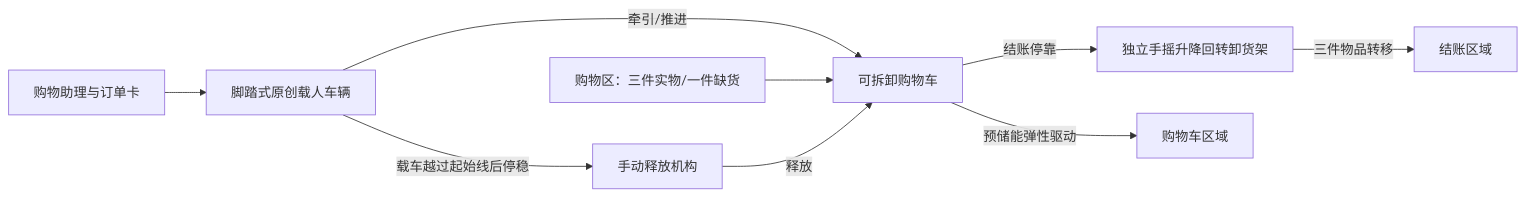
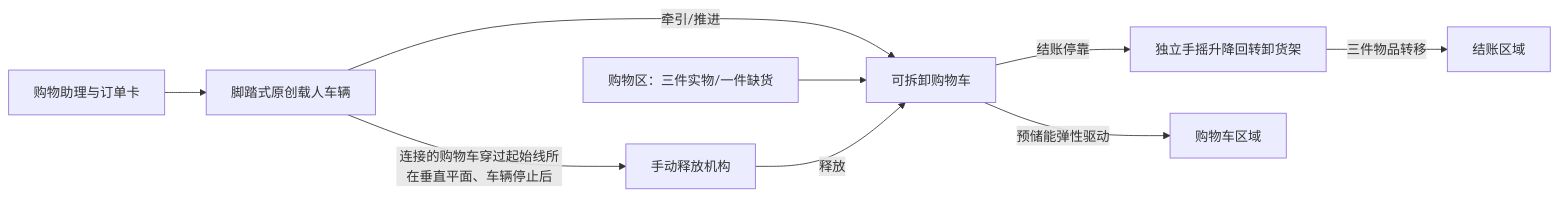
Before and after one commit to cc3405/SSFN-OM-T3: the diagram in redesign/01_CONCEPT.md, drawn with Mermaid.

Commit message:
Clarify exact shopping-cart crossing sequence

````diff
--- a/redesign/01_CONCEPT.md
+++ b/redesign/01_CONCEPT.md
@@ -21,11 +21,11 @@
 ```mermaid
 flowchart LR
   A[脚踏式原创载人车辆] -->|牵引/推进| B[可拆卸购物车]
   C[购物助理与订单卡] --> A
   D[购物区：三件实物/一件缺货] --> B
   B -->|结账停靠| E[独立手摇升降回转卸货架]
   E -->|三件物品转移| F[结账区域]
-  A -->|载车越过起始线后停稳| G[手动释放机构]
+  A -->|连接的购物车穿过起始线所在垂直平面、车辆停止后| G[手动释放机构]
   G -->|释放| B
   B -->|预储能弹性驱动| H[购物车区域]
 ```
````
